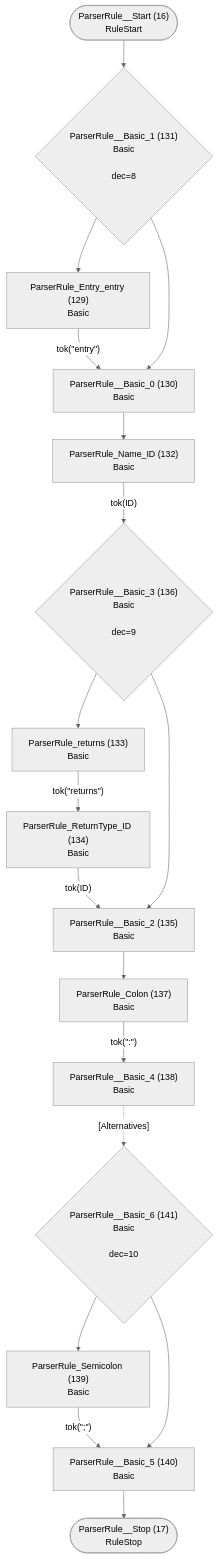
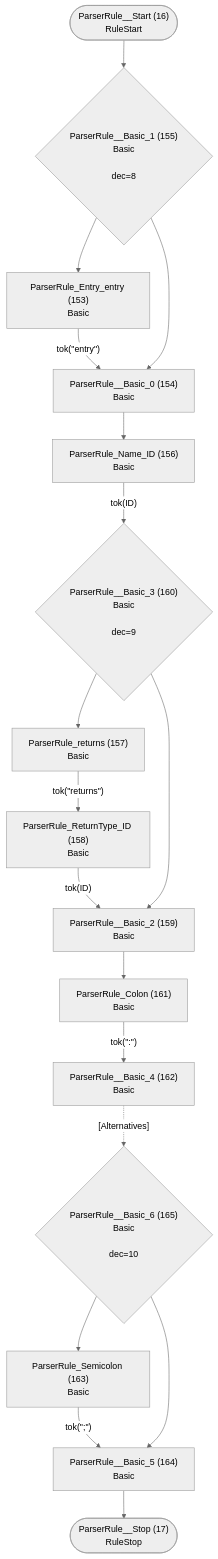
The ninth of 40 diagrams in internal/grammar/atn.md (TypeFox/fastbelt), drawn with Mermaid (neutral theme) before and after one commit. The commit also changed other lines of this file and 84 other files, not shown here.

````diff
--- a/internal/grammar/atn.md
+++ b/internal/grammar/atn.md
@@ -242,36 +247,36 @@
 ```mermaid
 flowchart TD
     q16(["ParserRule__Start (16)<br/>RuleStart"])
     q17(["ParserRule__Stop (17)<br/>RuleStop"])
-    q129["ParserRule_Entry_entry (129)<br/>Basic<br/>"]
-    q130["ParserRule__Basic_0 (130)<br/>Basic<br/>"]
-    q131{"ParserRule__Basic_1 (131)<br/>Basic<br/><br/>dec=8"}
-    q132["ParserRule_Name_ID (132)<br/>Basic<br/>"]
-    q133["ParserRule_returns (133)<br/>Basic<br/>"]
-    q134["ParserRule_ReturnType_ID (134)<br/>Basic<br/>"]
-    q135["ParserRule__Basic_2 (135)<br/>Basic<br/>"]
-    q136{"ParserRule__Basic_3 (136)<br/>Basic<br/><br/>dec=9"}
-    q137["ParserRule_Colon (137)<br/>Basic<br/>"]
-    q138["ParserRule__Basic_4 (138)<br/>Basic<br/>"]
-    q139["ParserRule_Semicolon (139)<br/>Basic<br/>"]
-    q140["ParserRule__Basic_5 (140)<br/>Basic<br/>"]
-    q141{"ParserRule__Basic_6 (141)<br/>Basic<br/><br/>dec=10"}
+    q153["ParserRule_Entry_entry (153)<br/>Basic<br/>"]
+    q154["ParserRule__Basic_0 (154)<br/>Basic<br/>"]
+    q155{"ParserRule__Basic_1 (155)<br/>Basic<br/><br/>dec=8"}
+    q156["ParserRule_Name_ID (156)<br/>Basic<br/>"]
+    q157["ParserRule_returns (157)<br/>Basic<br/>"]
+    q158["ParserRule_ReturnType_ID (158)<br/>Basic<br/>"]
+    q159["ParserRule__Basic_2 (159)<br/>Basic<br/>"]
+    q160{"ParserRule__Basic_3 (160)<br/>Basic<br/><br/>dec=9"}
+    q161["ParserRule_Colon (161)<br/>Basic<br/>"]
+    q162["ParserRule__Basic_4 (162)<br/>Basic<br/>"]
+    q163["ParserRule_Semicolon (163)<br/>Basic<br/>"]
+    q164["ParserRule__Basic_5 (164)<br/>Basic<br/>"]
+    q165{"ParserRule__Basic_6 (165)<br/>Basic<br/><br/>dec=10"}
 
-    q16 --> q131
-    q129 -->|"tok(&quot;entry&quot;)"| q130
-    q130 --> q132
-    q131 --> q129
-    q131 --> q130
-    q132 -->|"tok(ID)"| q136
-    q133 -->|"tok(&quot;returns&quot;)"| q134
-    q134 -->|"tok(ID)"| q135
-    q135 --> q137
-    q136 --> q133
-    q136 --> q135
-    q137 -->|"tok(&quot;:&quot;)"| q138
-    q138 -.->|"[Alternatives]"| q141
-    q139 -->|"tok(&quot;;&quot;)"| q140
-    q140 --> q17
-    q141 --> q139
-    q141 --> q140
+    q16 --> q155
+    q153 -->|"tok(&quot;entry&quot;)"| q154
+    q154 --> q156
+    q155 --> q153
+    q155 --> q154
+    q156 -->|"tok(ID)"| q160
+    q157 -->|"tok(&quot;returns&quot;)"| q158
+    q158 -->|"tok(ID)"| q159
+    q159 --> q161
+    q160 --> q157
+    q160 --> q159
+    q161 -->|"tok(&quot;:&quot;)"| q162
+    q162 -.->|"[Alternatives]"| q165
+    q163 -->|"tok(&quot;;&quot;)"| q164
+    q164 --> q17
+    q165 --> q163
+    q165 --> q164
 ```
````
